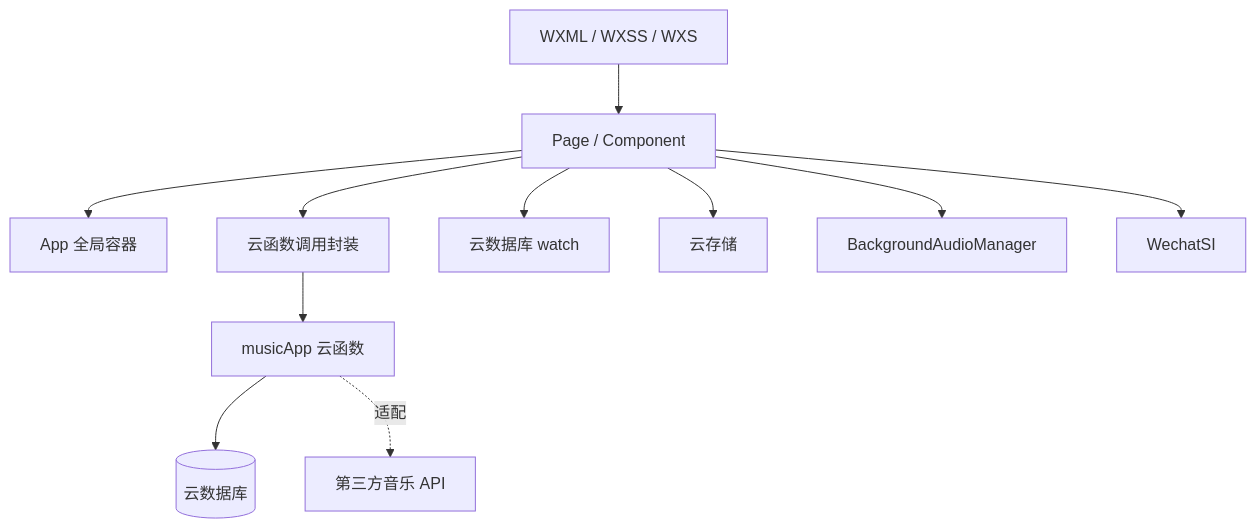
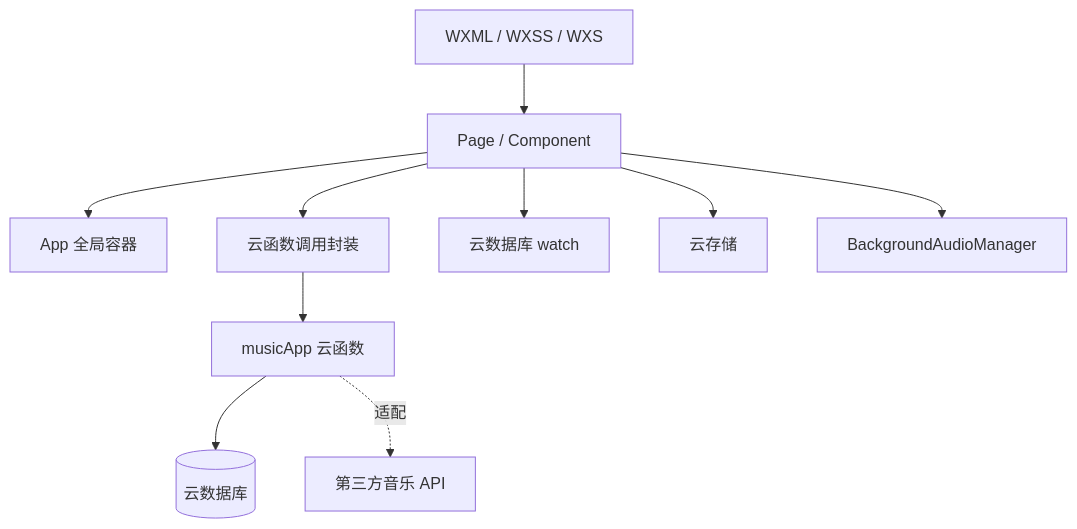
One commit to Neveryu/miniprogram-music changed the first of 3 diagrams in docs/code-wiki/02-整体架构.md. Above: the diagram before and after it, drawn with Mermaid. The commit also changed 10 other files, not shown here.

````diff
--- a/docs/code-wiki/02-整体架构.md
+++ b/docs/code-wiki/02-整体架构.md
@@ -5,13 +5,12 @@
 ```mermaid
 flowchart TB
     UI[WXML / WXSS / WXS] --> PAGE[Page / Component]
     PAGE --> APP[App 全局容器]
     PAGE --> REQUEST[云函数调用封装]
     PAGE --> WATCH[云数据库 watch]
     PAGE --> STORAGE[云存储]
     REQUEST --> FUNC[musicApp 云函数]
     FUNC --> DB[(云数据库)]
     FUNC -.适配.-> MUSIC[第三方音乐 API]
     PAGE --> AUDIO[BackgroundAudioManager]
-    PAGE --> SI[WechatSI]
 ```
````
